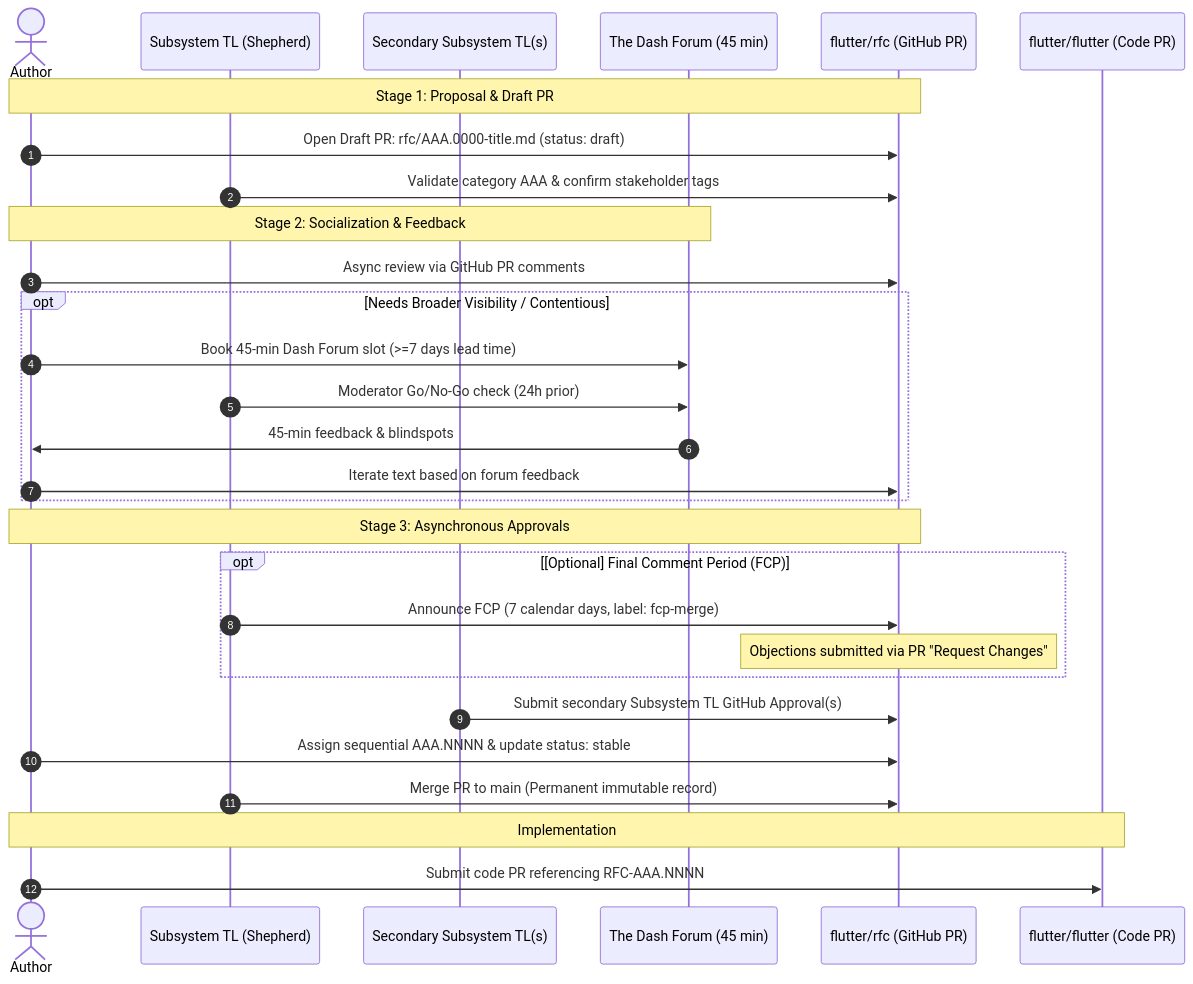
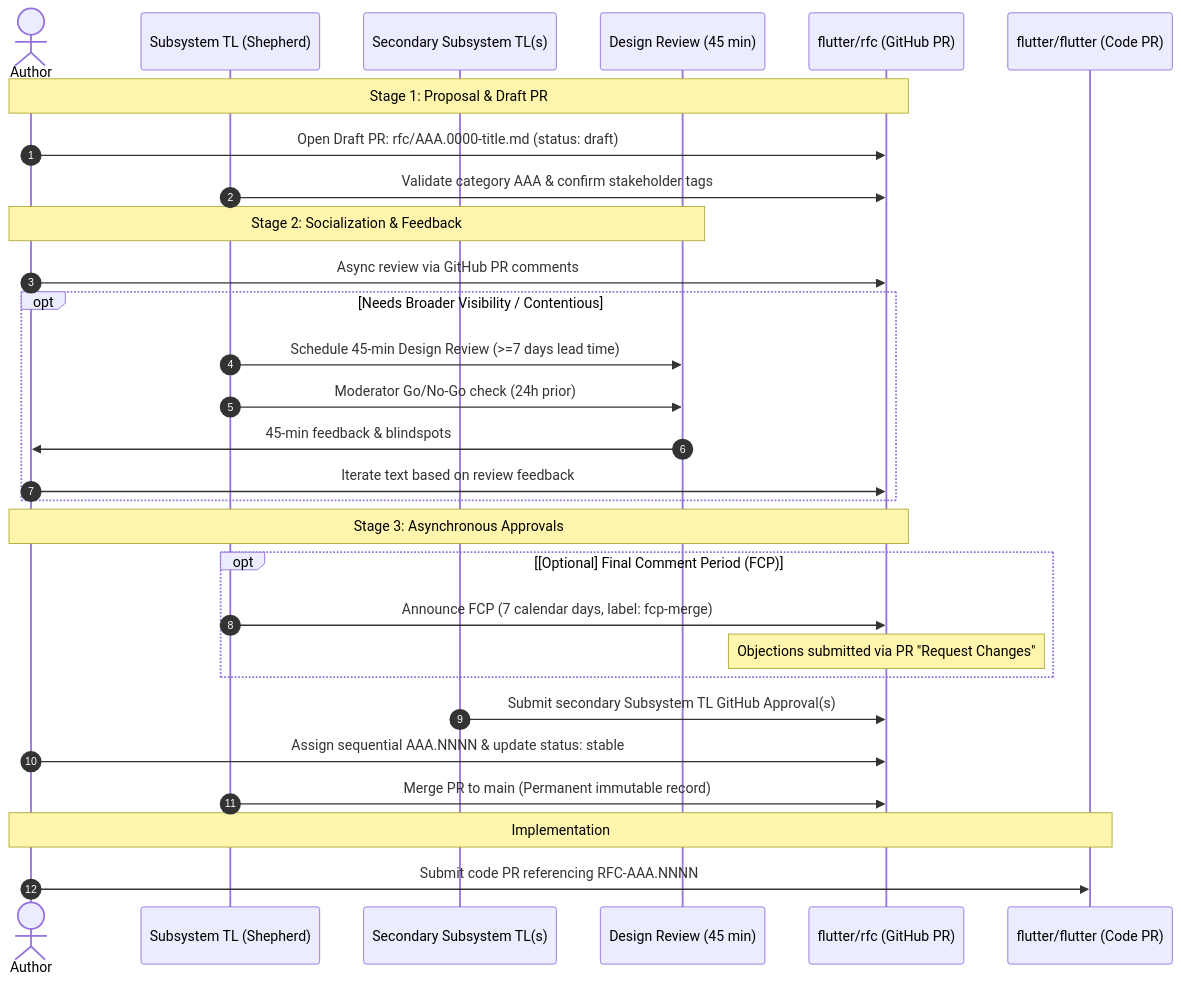
Before and after one commit to flutter/rfc: the diagram in rfc/000.0002-flutter-rfc-review-process.md, drawn with Mermaid. The commit also changed other lines of this file, not shown here.

Commit message:
docs(rfc): replace Dash Forum with design review meeting and refine approvals

````diff
--- a/rfc/000.0002-flutter-rfc-review-process.md
+++ b/rfc/000.0002-flutter-rfc-review-process.md
@@ -71,35 +71,35 @@
 ```mermaid
 sequenceDiagram
     autonumber
     actor Author
     participant Shepherd as Subsystem TL (Shepherd)
     participant SecTL as Secondary Subsystem TL(s)
-    participant Forum as The Dash Forum (45 min)
+    participant Review as Design Review (45 min)
     participant Repo as flutter/rfc (GitHub PR)
     participant Code as flutter/flutter (Code PR)
 
     Note over Author,Repo: Stage 1: Proposal & Draft PR
     Author->>Repo: Open Draft PR: rfc/AAA.0000-title.md (status: draft)
     Shepherd->>Repo: Validate category AAA & confirm stakeholder tags
 
-    Note over Author,Forum: Stage 2: Socialization & Feedback
+    Note over Author,Review: Stage 2: Socialization & Feedback
     Author->>Repo: Async review via GitHub PR comments
     opt Needs Broader Visibility / Contentious
-        Author->>Forum: Book 45-min Dash Forum slot (>=7 days lead time)
-        Shepherd->>Forum: Moderator Go/No-Go check (24h prior)
-        Forum->>Author: 45-min feedback & blindspots
-        Author->>Repo: Iterate text based on forum feedback
+        Shepherd->>Review: Schedule 45-min Design Review (>=7 days lead time)
+        Shepherd->>Review: Moderator Go/No-Go check (24h prior)
+        Review->>Author: 45-min feedback & blindspots
+        Author->>Repo: Iterate text based on review feedback
     end
 
     Note over Author,Repo: Stage 3: Asynchronous Approvals
     opt [Optional] Final Comment Period (FCP)
         Shepherd->>Repo: Announce FCP (7 calendar days, label: fcp-merge)
         Note over Repo: Objections submitted via PR "Request Changes"
     end
     SecTL->>Repo: Submit secondary Subsystem TL GitHub Approval(s)
     Author->>Repo: Assign sequential AAA.NNNN & update status: stable
     Shepherd->>Repo: Merge PR to main (Permanent immutable record)
 
     Note over Author,Code: Implementation
     Author->>Code: Submit code PR referencing RFC-AAA.NNNN
 ```
````
